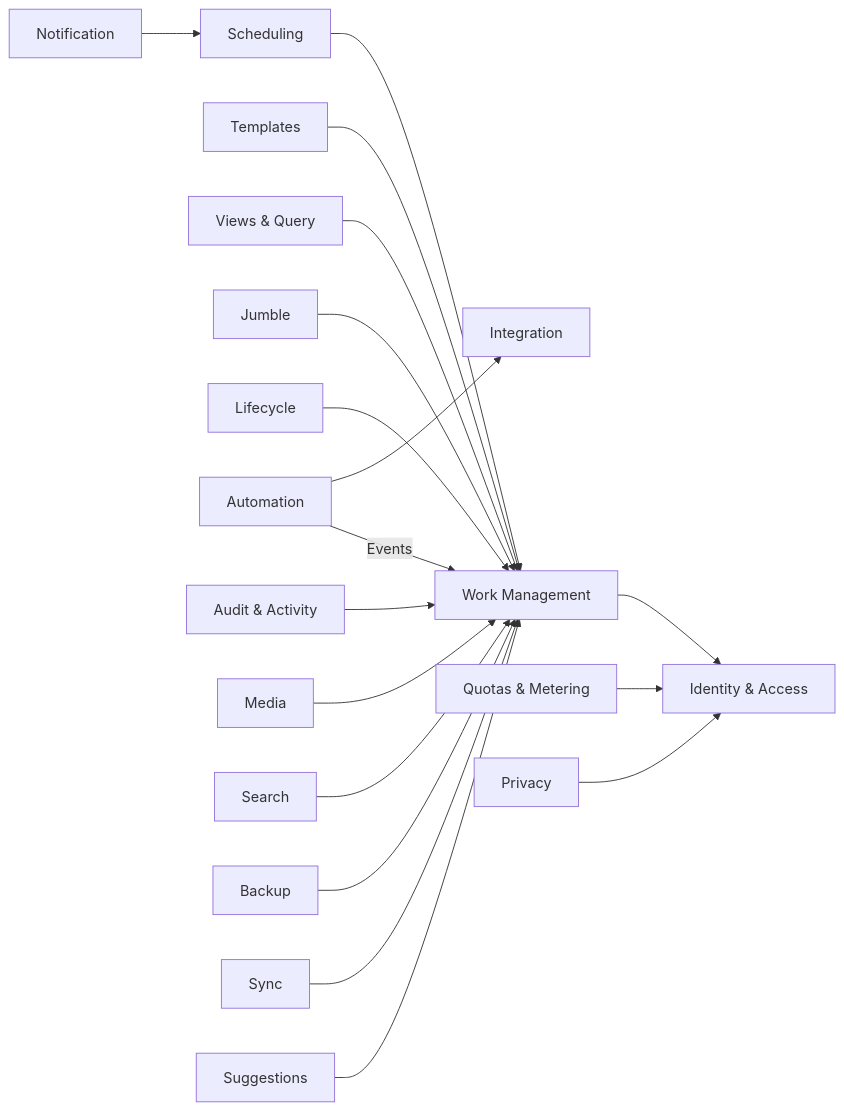
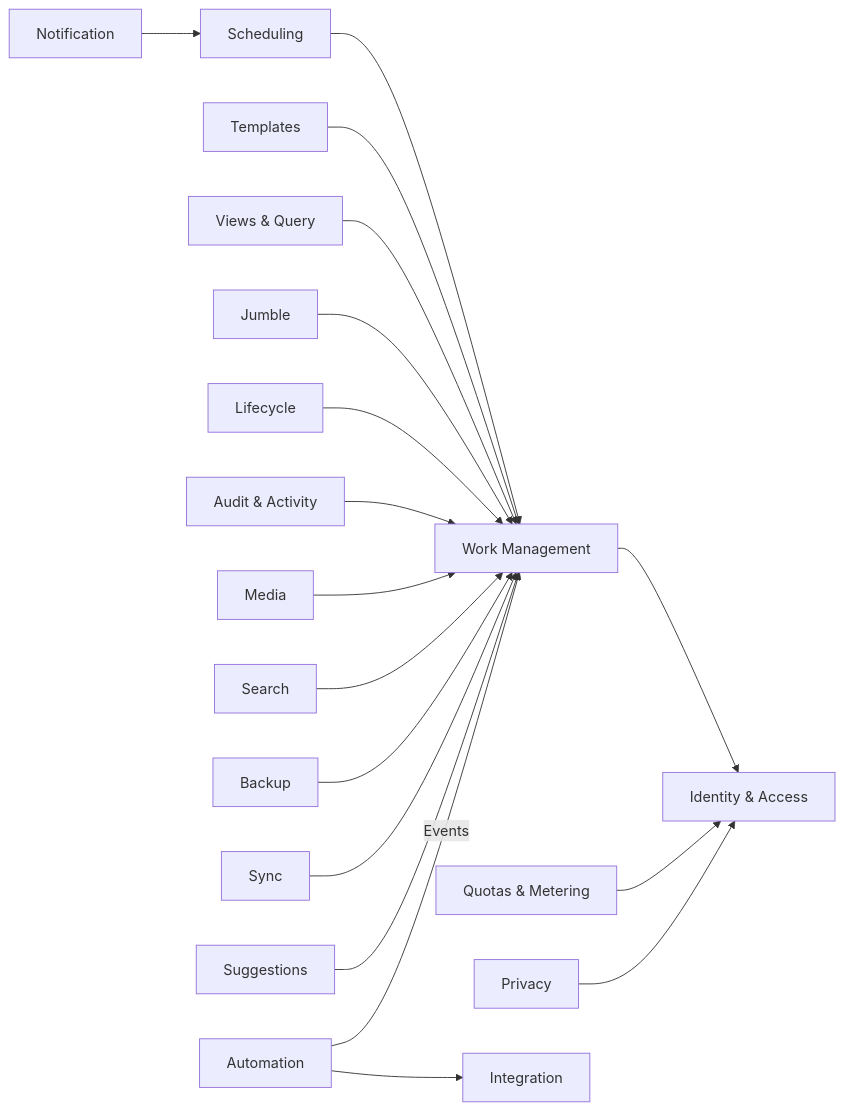
Before and after one commit to Jersyfi/hubtask: the diagram in docs/architecture/arc42.md, drawn with Mermaid. The commit also changed other lines of this file and 24 other files, not shown here.

````diff
--- a/docs/architecture/arc42.md
+++ b/docs/architecture/arc42.md
@@ -328,39 +223,9 @@
 ```mermaid
 graph LR
-  IAM[Identity & Access]
-  WORK[Work Management]
-  SCHED[Scheduling]
-  TPL[Templates]
-  VIEW[Views & Query]
-  JUM[Jumble]
-  LIFE[Lifecycle]
-  AUTOM[Automation]
-  INTEG[Integration]
-  NOTIF[Notification]
-  AUD[Audit & Activity]
-  FILES[Media]
-  SEARCH[Search]
-  LIC[Quotas & Metering]
-  BAK[Backup]
-  PRIV[Privacy]
-  SYNC[Sync]
-  SUGG[Suggestions]
-
-  WORK --> IAM
-  SCHED --> WORK
-  TPL --> WORK
-  VIEW --> WORK
-  JUM --> WORK
-  LIFE --> WORK
-  AUTOM -->|Events| WORK
-  AUTOM --> INTEG
-  NOTIF --> SCHED
-  AUD --> WORK
-  FILES --> WORK
-  SEARCH --> WORK
-  LIC --> IAM
-  BAK --> WORK
-  PRIV --> IAM
-  SYNC --> WORK
-  SUGG --> WORK
+  SCHED[Scheduling] & TPL[Templates] & VIEW[Views & Query] & JUM[Jumble] & LIFE[Lifecycle] --> WORK[Work Management]
+  AUD[Audit & Activity] & FILES[Media] & SEARCH[Search] & BAK[Backup] & SYNC[Sync] & SUGG[Suggestions] --> WORK
+  WORK & LIC[Quotas & Metering] & PRIV[Privacy] --> IAM[Identity & Access]
+  AUTOM[Automation] -->|Events| WORK
+  AUTOM --> INTEG[Integration]
+  NOTIF[Notification] --> SCHED
 ```
````
